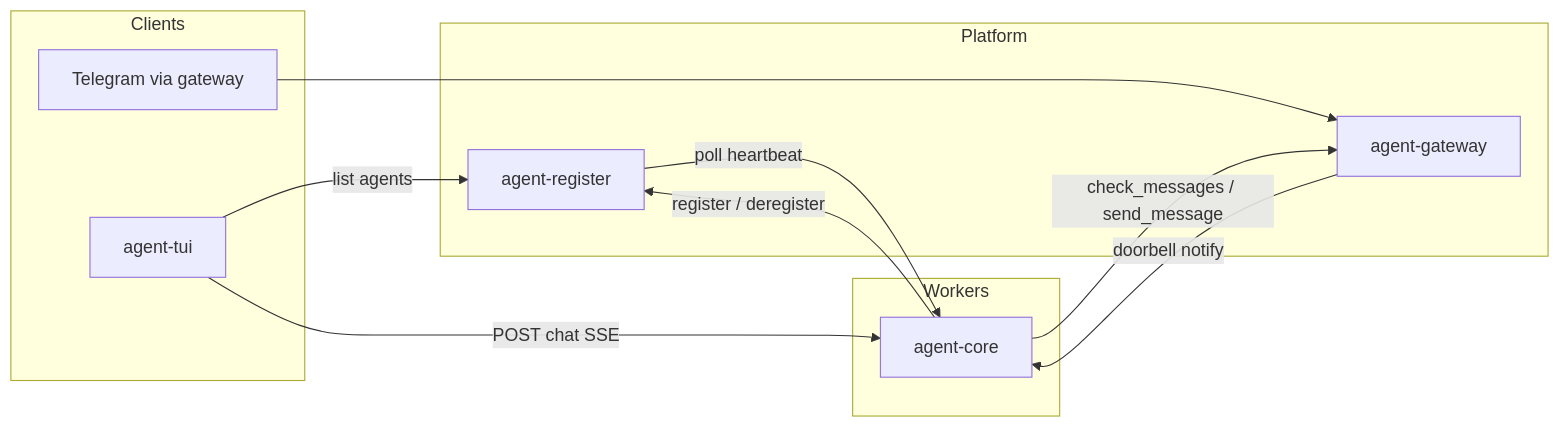
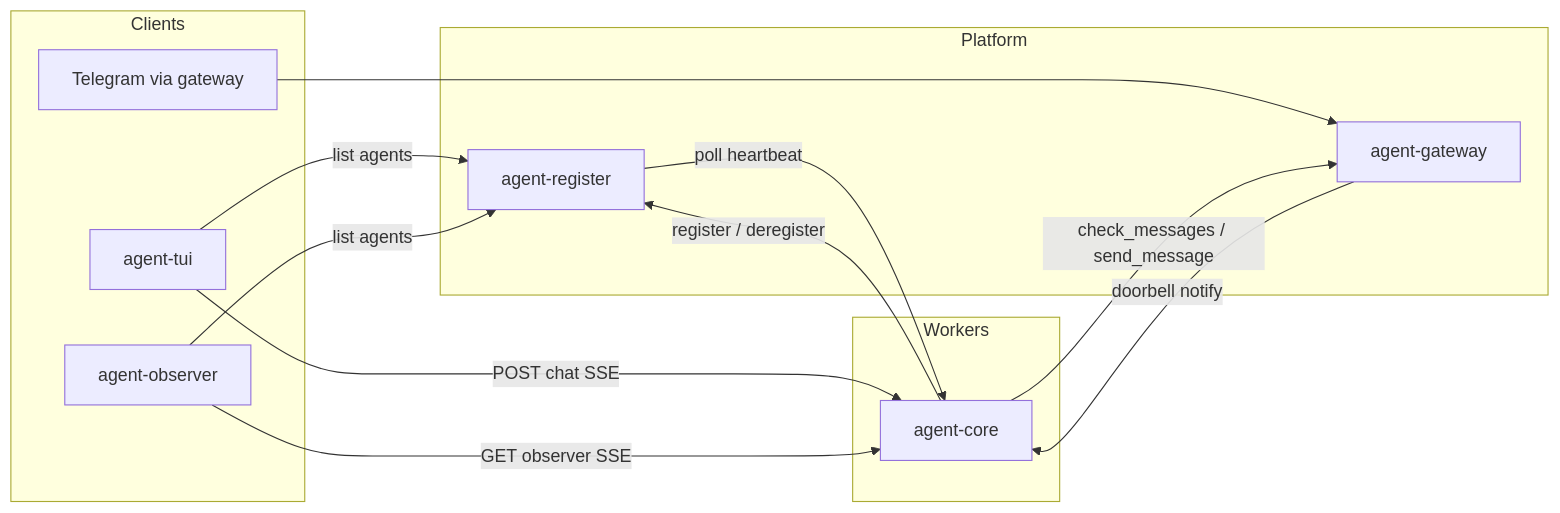
The diagram in docs/system-overview.md (graeme-lockley/digital-worker), drawn with Mermaid before and after one commit. The commit also changed other lines of this file and 38 other files, not shown here.

````diff
--- a/docs/system-overview.md
+++ b/docs/system-overview.md
@@ -20,24 +20,27 @@
 ```mermaid
 flowchart LR
   subgraph clients [Clients]
     TUI[agent-tui]
+    OBS[agent-observer]
     TG[Telegram via gateway]
   end
 
   subgraph platform [Platform]
     REG[agent-register]
     GW[agent-gateway]
   end
 
   subgraph workers [Workers]
     CORE[agent-core]
   end
 
   TG --> GW
   GW -->|doorbell notify| CORE
   CORE -->|check_messages / send_message| GW
   TUI -->|list agents| REG
+  OBS -->|list agents| REG
   TUI -->|POST chat SSE| CORE
+  OBS -->|GET observer SSE| CORE
   CORE -->|register / deregister| REG
   REG -->|poll heartbeat| CORE
 ```
````
